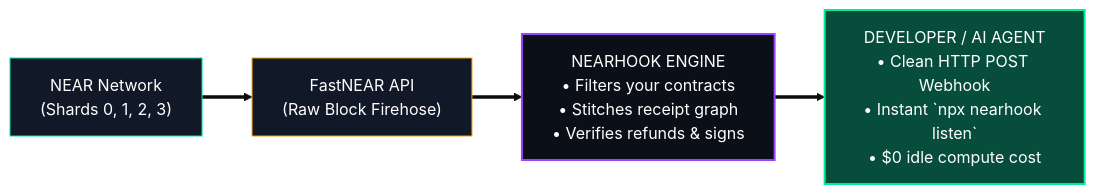
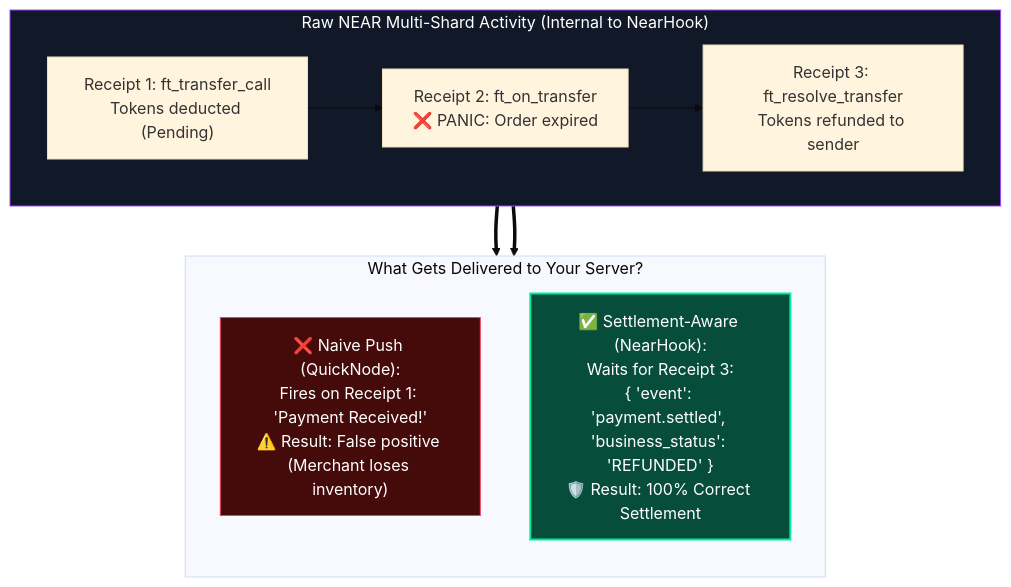
The fourth of 13 diagrams in whitepaper.md (Team-Managed/NEARHook), drawn with Mermaid (base theme) before and after one commit. The commit also changed other lines of this file and 1 other file, not shown here.

Commit message:
docs: update whitepaper with real-time SSE connecting pipeline, Temporal-style dashboard, and QuickNode comparison

````diff
--- a/whitepaper.md
+++ b/whitepaper.md
@@ -119,11 +123,21 @@
 ```mermaid
-flowchart LR
-    NEAR["NEAR Network<br/>(Shards 0, 1, 2, 3)"] ==> FastNEAR["FastNEAR API<br/>(Raw Block Firehose)"]
-    FastNEAR ==> NearHook["NEARHOOK ENGINE<br/>• Filters your contracts<br/>• Stitches receipt graph<br/>• Verifies refunds & signs"]
-    NearHook ==> Dev["DEVELOPER / AI AGENT<br/>• Clean HTTP POST Webhook<br/>• Instant `npx nearhook listen`<br/>• $0 idle compute cost"]
+flowchart TD
+    subgraph Raw["Raw NEAR Multi-Shard Activity (Internal to NearHook)"]
+        direction LR
+        R1["Receipt 1: ft_transfer_call<br/>Tokens deducted (Pending)"] --> R2["Receipt 2: ft_on_transfer<br/>❌ PANIC: Order expired"]
+        R2 --> R3["Receipt 3: ft_resolve_transfer<br/>Tokens refunded to sender"]
+    end
 
-    style NEAR fill:#111827,stroke:#00EC97,stroke-width:1px,color:#fff
-    style FastNEAR fill:#111827,stroke:#F59E0B,stroke-width:1px,color:#fff
-    style NearHook fill:#0B0F17,stroke:#9945FF,stroke-width:2px,color:#fff
-    style Dev fill:#064E3B,stroke:#00EC97,stroke-width:2px,color:#fff
+    subgraph Comparison["What Gets Delivered to Your Server?"]
+        direction TB
+        QN["❌ Naive Push (QuickNode):<br/>Fires on Receipt 1: 'Payment Received!'<br/>⚠️ Result: False positive (Merchant loses inventory)"]
+        NH["✅ Settlement-Aware (NearHook):<br/>Waits for Receipt 3:<br/>{ 'event': 'payment.settled', 'business_status': 'REFUNDED' }<br/>🛡️ Result: 100% Correct Settlement"]
+    end
+
+    Raw ==> QN
+    Raw ==> NH
+
+    style Raw fill:#111827,stroke:#9945FF,stroke-width:1px,color:#fff
+    style QN fill:#450A0A,stroke:#F43F5E,stroke-width:1px,color:#fff
+    style NH fill:#064E3B,stroke:#00EC97,stroke-width:2px,color:#fff
 ```
````
